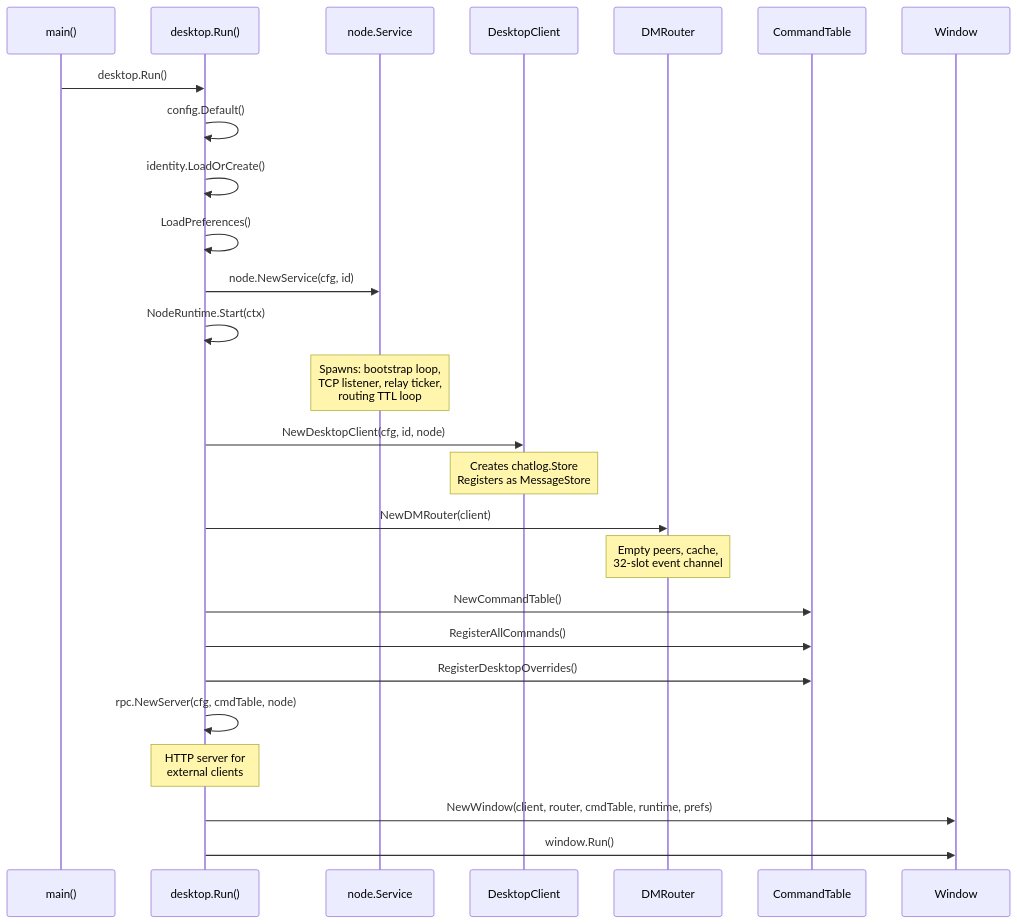
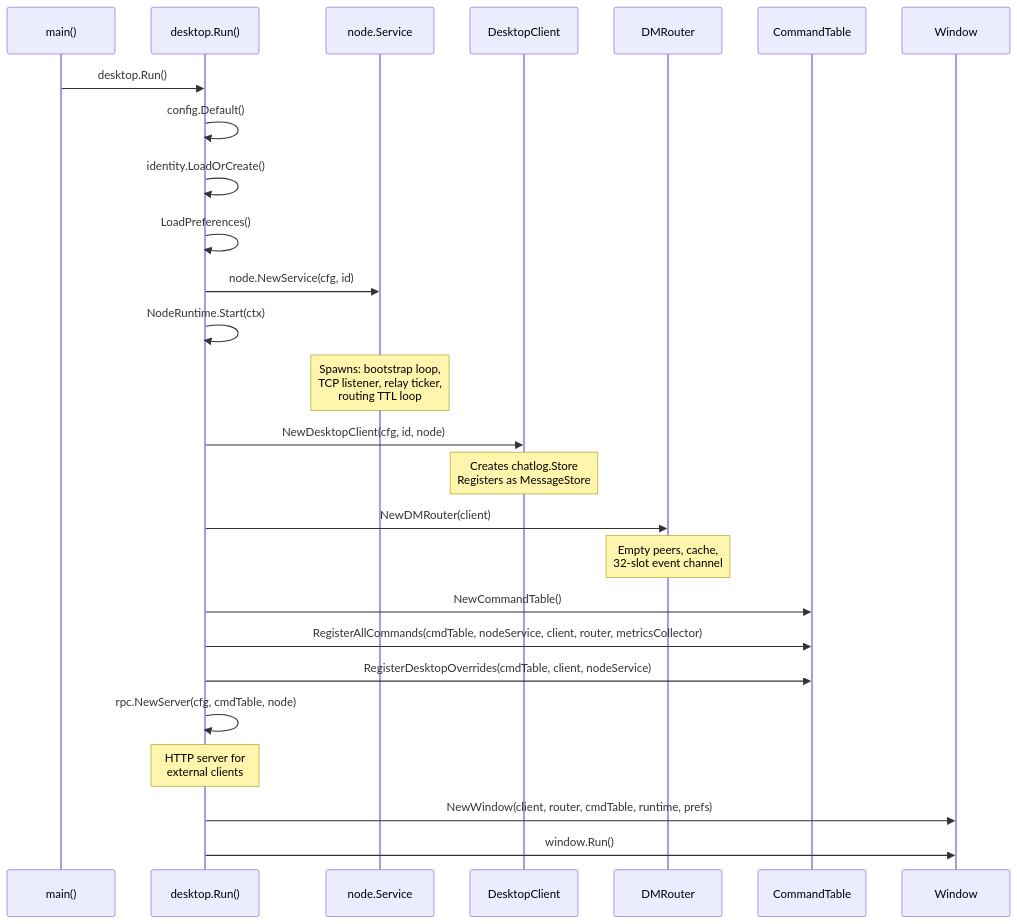
The first of 10 diagrams in docs/ui.md (piratecash/corsa), drawn with Mermaid before and after one commit. The commit also changed other lines of this file and 20 other files, not shown here.

Commit message:
refactor(rpc): remove desktop semantic overrides and keep CommandTable transport-neutral

````diff
--- a/docs/ui.md
+++ b/docs/ui.md
@@ -38,35 +38,35 @@
 ```mermaid
 sequenceDiagram
     participant Main as main()
     participant App as desktop.Run()
     participant Node as node.Service
     participant Client as DesktopClient
     participant Router as DMRouter
     participant Cmd as CommandTable
     participant Win as Window
 
     Main->>App: desktop.Run()
     App->>App: config.Default()
     App->>App: identity.LoadOrCreate()
     App->>App: LoadPreferences()
 
     App->>Node: node.NewService(cfg, id)
     App->>App: NodeRuntime.Start(ctx)
     Note over Node: Spawns: bootstrap loop,<br/>TCP listener, relay ticker,<br/>routing TTL loop
 
     App->>Client: NewDesktopClient(cfg, id, node)
     Note over Client: Creates chatlog.Store<br/>Registers as MessageStore
 
     App->>Router: NewDMRouter(client)
     Note over Router: Empty peers, cache,<br/>32-slot event channel
 
     App->>Cmd: NewCommandTable()
-    App->>Cmd: RegisterAllCommands()
-    App->>Cmd: RegisterDesktopOverrides()
+    App->>Cmd: RegisterAllCommands(cmdTable, nodeService, client, router, metricsCollector)
+    App->>Cmd: RegisterDesktopOverrides(cmdTable, client, nodeService)
 
     App->>App: rpc.NewServer(cfg, cmdTable, node)
     Note over App: HTTP server for<br/>external clients
 
     App->>Win: NewWindow(client, router, cmdTable, runtime, prefs)
     App->>Win: window.Run()
 ```
````
